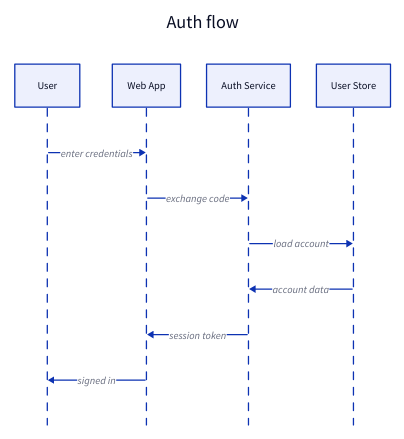
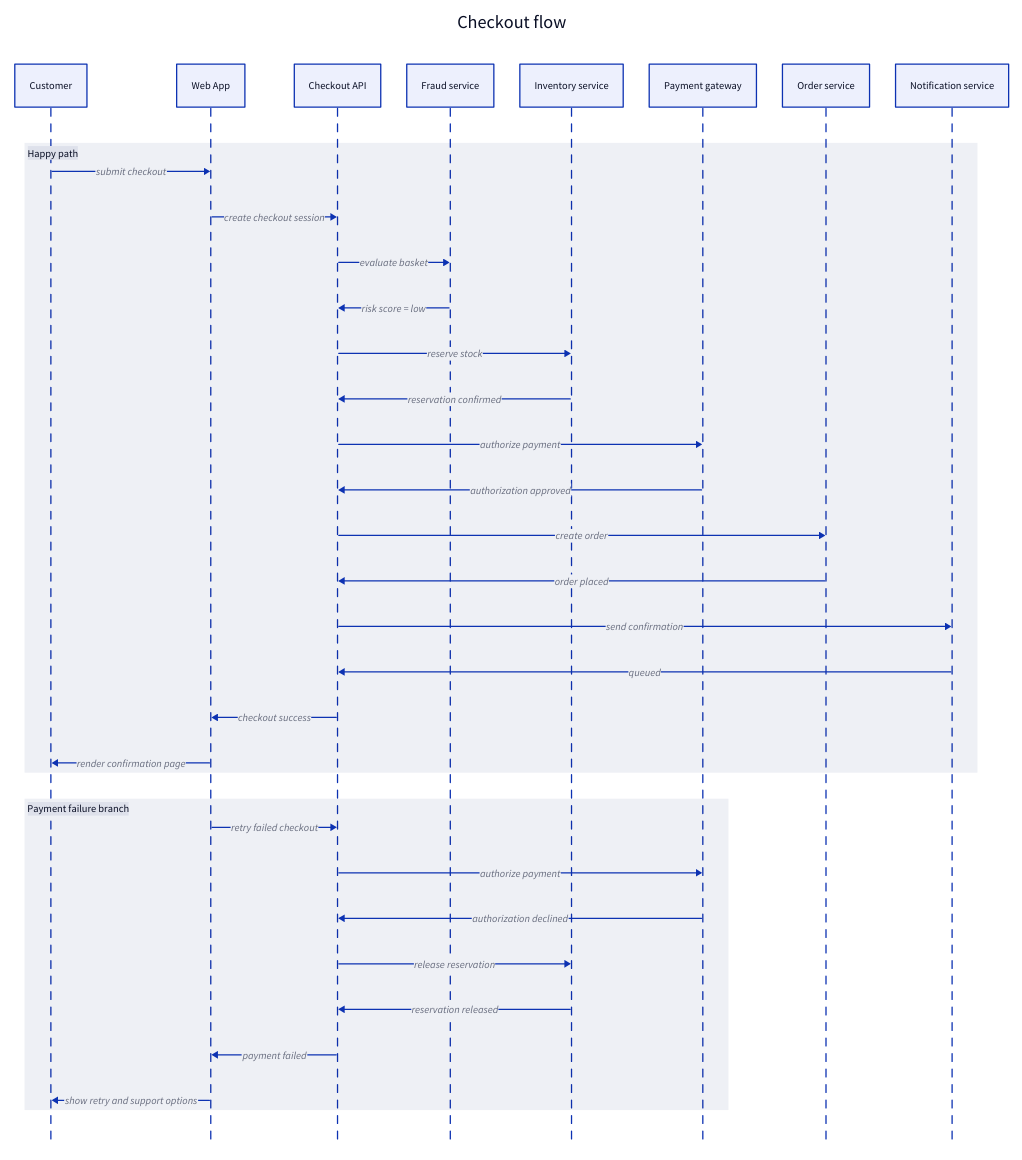
The diagram in examples/src/sequence-signin.d2 (Eryc123Y/d2-diagram-skill), drawn with D2 before and after one commit. The commit also changed 9 other files, not shown here.

Commit message:
docs: replace example set with production-grade diagrams

```diff
--- a/examples/src/sequence-signin.d2
+++ b/examples/src/sequence-signin.d2
@@ -1,19 +1,43 @@
 # DIAGRAM TYPE: Sequence
-# AUDIENCE: Application engineers
-# Shows: A sign-in flow and callback exchange
+# AUDIENCE: Application and platform engineers
+# Shows: A production checkout orchestration with fraud, inventory, payment, and notification steps
 
-Auth flow: {
+Checkout flow: {
   shape: sequence_diagram
 
-  user: User
+  user: Customer
   app: Web App
-  auth: Auth Service
-  db: User Store
+  api: Checkout API
+  fraud: Fraud service
+  inventory: Inventory service
+  payments: Payment gateway
+  orders: Order service
+  email: Notification service
 
-  user -> app: enter credentials
-  app -> auth: exchange code
-  auth -> db: load account
-  db -> auth: account data
-  auth -> app: session token
-  app -> user: signed in
+  happy_path: Happy path {
+    user -> app: submit checkout
+    app -> api: create checkout session
+    api -> fraud: evaluate basket
+    fraud -> api: risk score = low
+    api -> inventory: reserve stock
+    inventory -> api: reservation confirmed
+    api -> payments: authorize payment
+    payments -> api: authorization approved
+    api -> orders: create order
+    orders -> api: order placed
+    api -> email: send confirmation
+    email -> api: queued
+    api -> app: checkout success
+    app -> user: render confirmation page
+  }
+
+  payment_failure: Payment failure branch {
+    app -> api: retry failed checkout
+    api -> payments: authorize payment
+    payments -> api: authorization declined
+    api -> inventory: release reservation
+    inventory -> api: reservation released
+    api -> app: payment failed
+    app -> user: show retry and support options
+  }
 }
```
